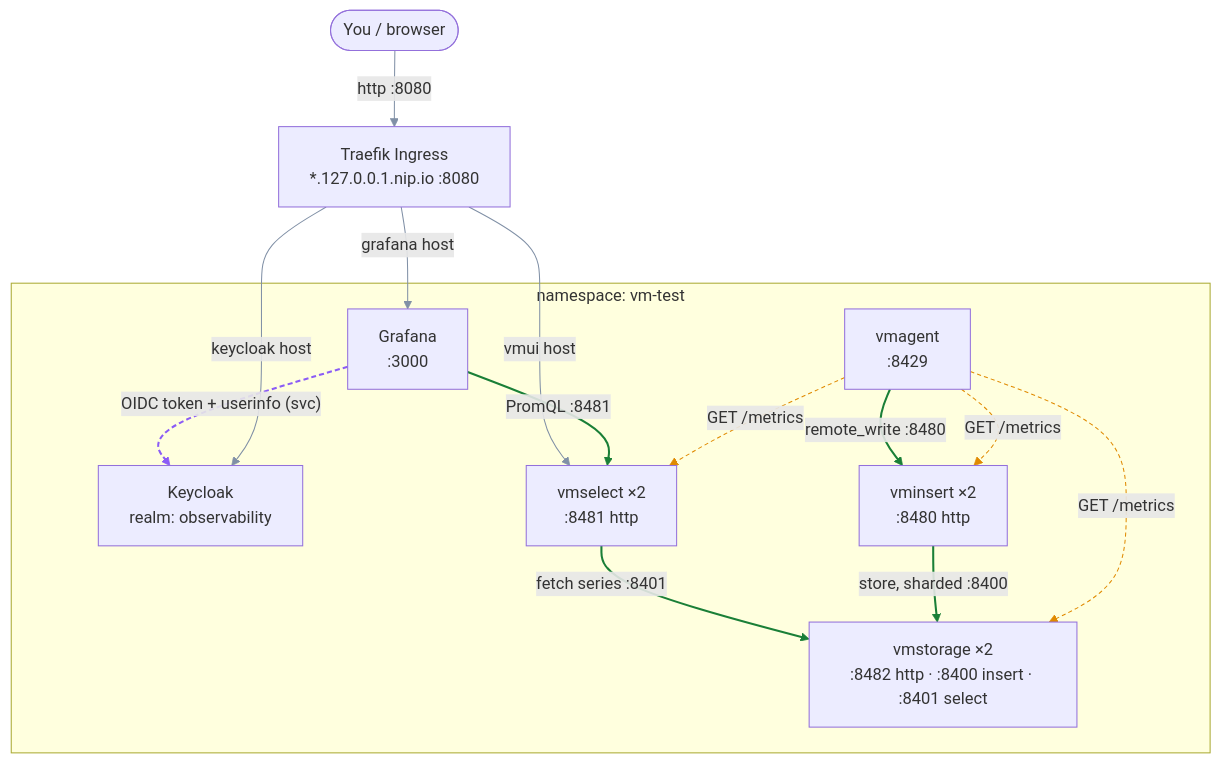
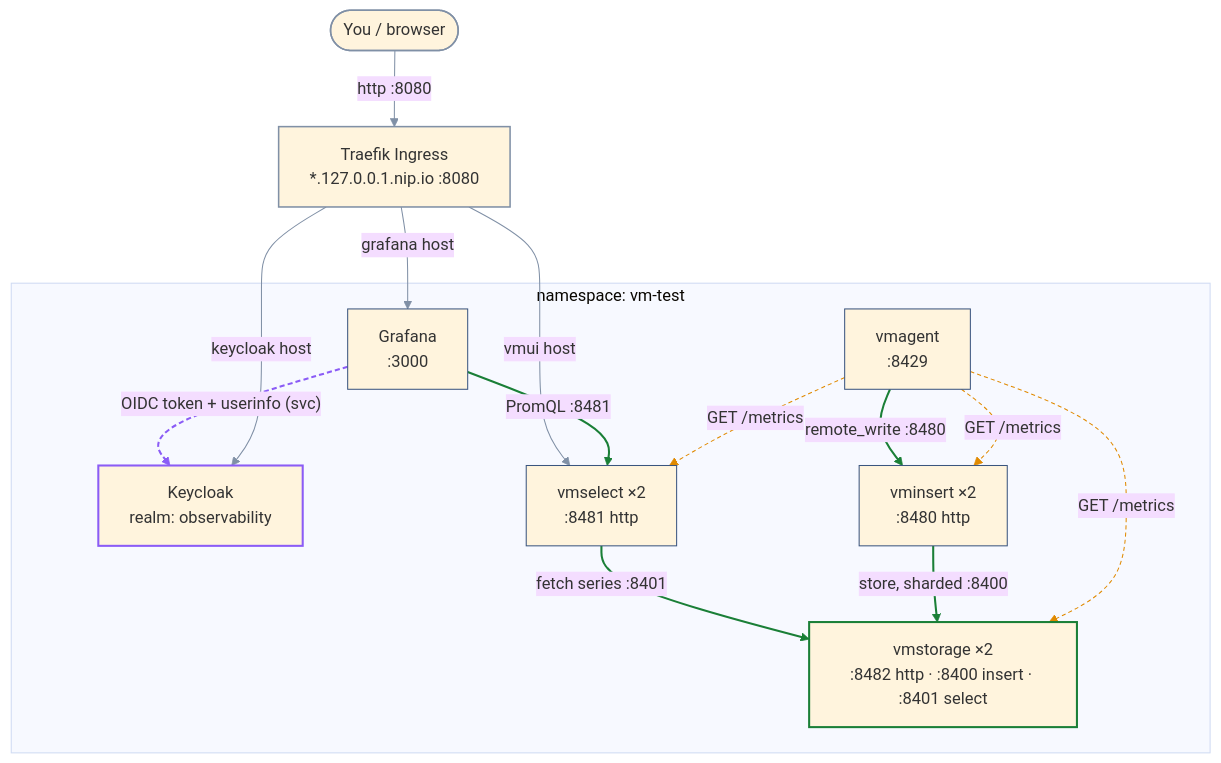
The first of 2 diagrams in README.md (QCU87Z/vm-grafana-kubes), drawn with Mermaid before and after one commit. The commit also changed other lines of this file, not shown here.

Commit message:
Style README mermaid diagrams (theme + semantic classDef/linkStyle)

````diff
--- a/README.md
+++ b/README.md
@@ -23,37 +23,45 @@
 ```mermaid
+%%{init: {'theme':'base','themeVariables':{'fontFamily':'ui-monospace, SFMono-Regular, Menlo, monospace','lineColor':'#8090a6','primaryBorderColor':'#3a557f'}}}%%
 flowchart TB
     user(["You / browser"])
     traefik["Traefik Ingress<br/>*.127.0.0.1.nip.io :8080"]
 
     subgraph vmtest["namespace: vm-test"]
         keycloak["Keycloak<br/>realm: observability"]
         vmagent["vmagent<br/>:8429"]
         vminsert["vminsert ×2<br/>:8480 http"]
         vmstorage["vmstorage ×2<br/>:8482 http · :8400 insert · :8401 select"]
         vmselect["vmselect ×2<br/>:8481 http"]
         grafana["Grafana<br/>:3000"]
     end
 
     %% scrape (pull)
     vmagent -.->|"GET /metrics"| vminsert
     vmagent -.->|"GET /metrics"| vmselect
     vmagent -.->|"GET /metrics"| vmstorage
     %% write
     vmagent ==>|"remote_write :8480"| vminsert
     vminsert ==>|"store, sharded :8400"| vmstorage
     %% read
     vmselect ==>|"fetch series :8401"| vmstorage
     grafana ==>|"PromQL :8481"| vmselect
     %% access via ingress
     user -->|"http :8080"| traefik
     traefik -->|"grafana host"| grafana
     traefik -->|"vmui host"| vmselect
     traefik -->|"keycloak host"| keycloak
     %% SSO
     grafana -.->|"OIDC token + userinfo (svc)"| keycloak
 
+    classDef idp stroke:#8b5cf6,stroke-width:2px;
+    classDef store stroke:#1a7f37,stroke-width:2px;
+    classDef edge stroke:#8090a6,stroke-width:1.5px;
+    class keycloak idp;
+    class vmstorage store;
+    class user,traefik edge;
+
     linkStyle 0,1,2 stroke:#e08a00,stroke-dasharray:4 3
     linkStyle 3,4,5,6 stroke:#1a7f37,stroke-width:2px
     linkStyle 7,8,9,10 stroke:#8090a6
     linkStyle 11 stroke:#8b5cf6,stroke-dasharray:5 3,stroke-width:2px
 ```
````
